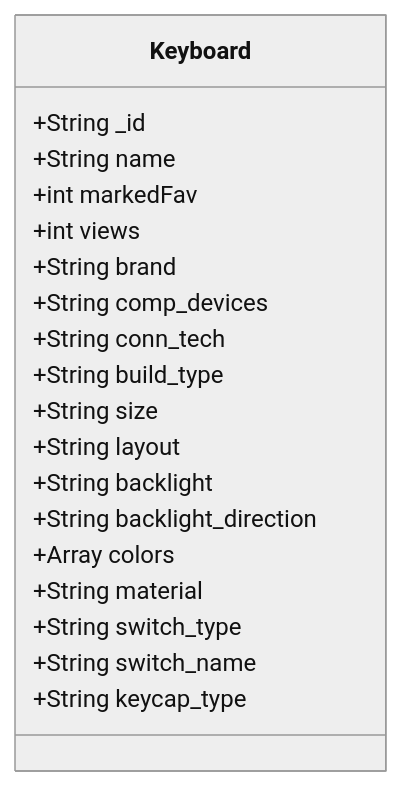
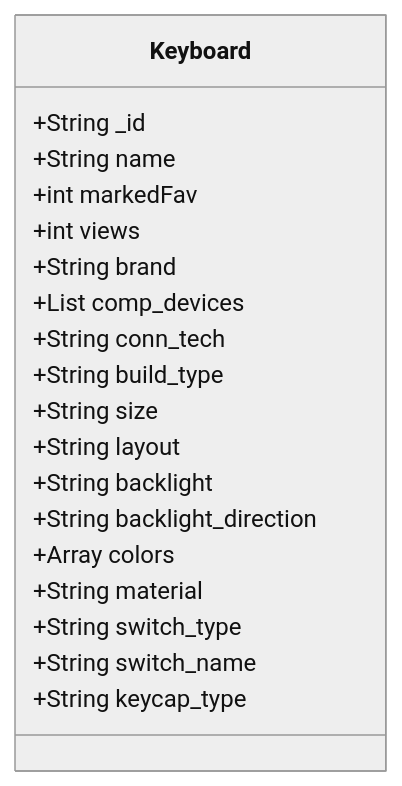
One commit to Vlastrix/keytastic_backend changed the diagram in docs/keyboard.md. Above: the diagram before and after it, drawn with Mermaid (neutral theme). The commit also changed other lines of this file and 1 other file, not shown here.

Commit message:
Create mongoose schema for keyboards and update the keyboard.md

````diff
--- a/docs/keyboard.md
+++ b/docs/keyboard.md
@@ -1,22 +1,22 @@
 ```mermaid
 classDiagram
     class Keyboard {
         +String _id  
         +String name
         +int markedFav
         +int views
         +String brand
-        +String comp_devices
+        +List comp_devices
         +String conn_tech 
         +String build_type
         +String size
         +String layout
         +String backlight
         +String backlight_direction
         +Array colors
         +String material
         +String switch_type
         +String switch_name
         +String keycap_type
     }
 ```
````
